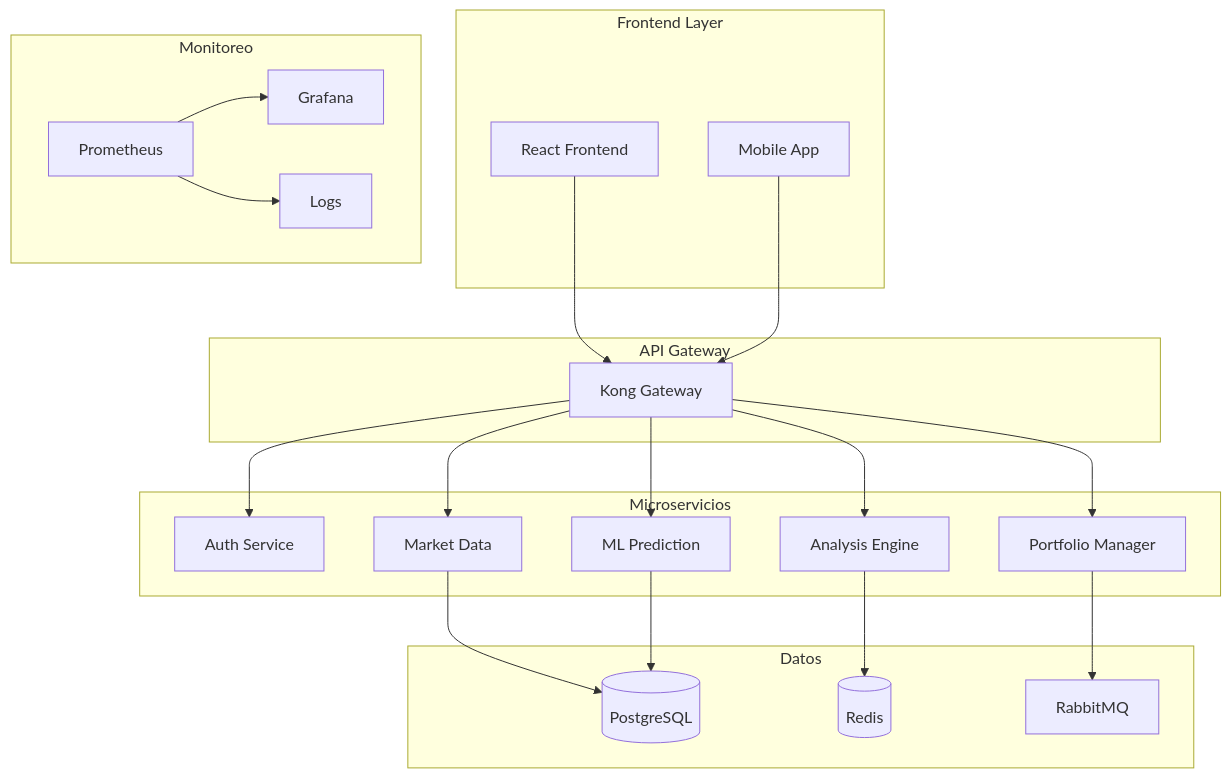
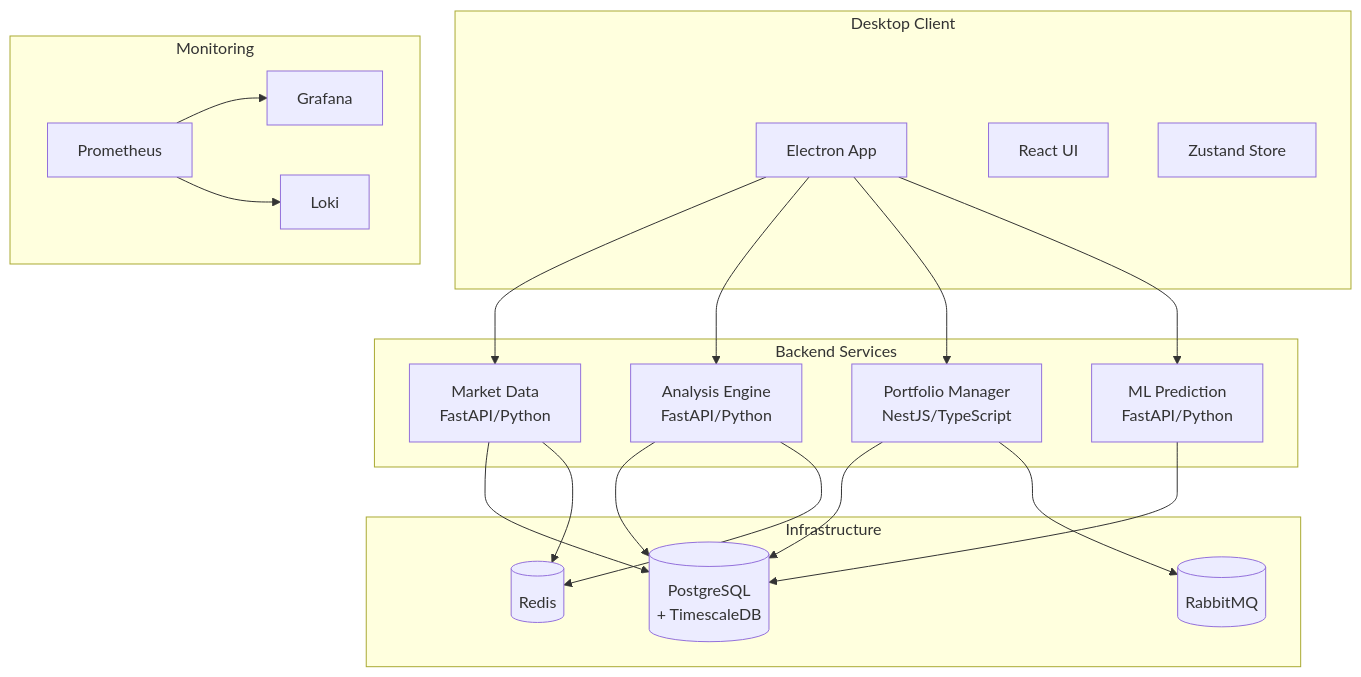
Before and after one commit to Portfolio-jaime/INVESTMENT-APP: the diagram in README.md, drawn with Mermaid. The commit also changed other lines of this file and 278 other files, not shown here.

Commit message:
Refactor project structure: archive deprecated components, introduce Next.js frontend and Fastify backend, add Kubernetes deployments, update documentation and CI/CD pipeline

````diff
--- a/README.md
+++ b/README.md
@@ -61,47 +81,45 @@
 ```mermaid
 graph TB
-    subgraph "Frontend Layer"
-        FE[React Frontend]
-        MOBILE[Mobile App]
+    subgraph "Desktop Client"
+        DC[Electron App]
+        UI[React UI]
+        STORE[Zustand Store]
     end
-    
-    subgraph "API Gateway"
-        GW[Kong Gateway]
+
+    subgraph "Backend Services"
+        MD[Market Data<br/>FastAPI/Python]
+        AE[Analysis Engine<br/>FastAPI/Python]
+        PM[Portfolio Manager<br/>NestJS/TypeScript]
+        MLP[ML Prediction<br/>FastAPI/Python]
     end
-    
-    subgraph "Microservicios"
-        AUTH[Auth Service]
-        MARKET[Market Data]
-        ANALYSIS[Analysis Engine]
-        ML[ML Prediction]
-        PORTFOLIO[Portfolio Manager]
+
+    subgraph "Infrastructure"
+        PG[(PostgreSQL<br/>+ TimescaleDB)]
+        REDIS[(Redis)]
+        RMQ[(RabbitMQ)]
     end
-    
-    subgraph "Datos"
-        PG[(PostgreSQL)]
-        REDIS[(Redis)]
-        RABBIT[RabbitMQ]
-    end
-    
-    subgraph "Monitoreo"
+
+    subgraph "Monitoring"
         PROM[Prometheus]
         GRAF[Grafana]
-        LOGS[Logs]
+        LOKI[Loki]
     end
-    
-    FE --> GW
-    MOBILE --> GW
-    GW --> AUTH
-    GW --> MARKET
-    GW --> ANALYSIS
-    GW --> ML
-    GW --> PORTFOLIO
-    
-    MARKET --> PG
-    ANALYSIS --> REDIS
-    ML --> PG
-    PORTFOLIO --> RABBIT
-    
+
+    DC --> MD
+    DC --> AE
+    DC --> PM
+    DC --> MLP
+
+    MD --> PG
+    AE --> PG
+    PM --> PG
+    MLP --> PG
+
+    MD --> REDIS
+    AE --> REDIS
+
+    PM --> RMQ
+
     PROM --> GRAF
-    PROM --> LOGS
+    PROM --> LOKI
 ```
````
